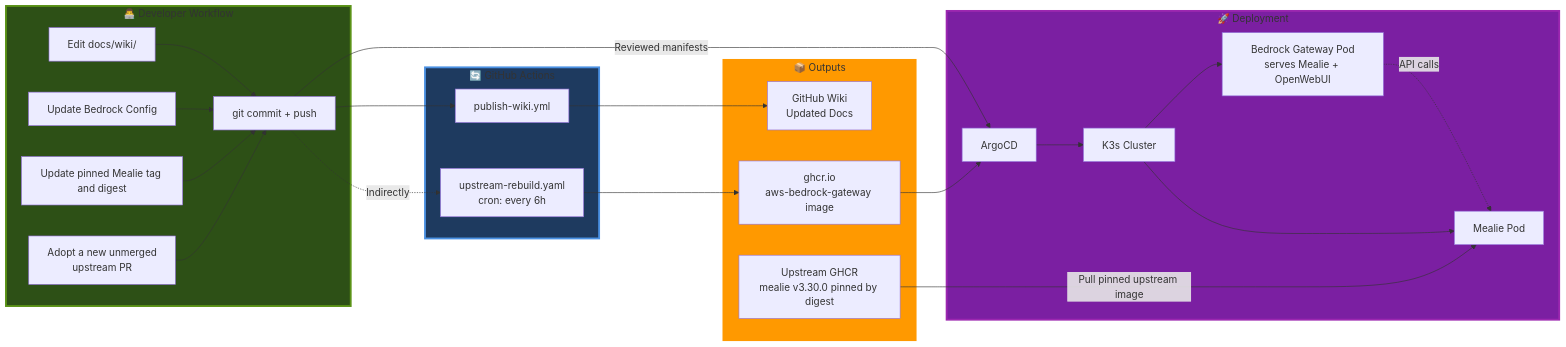
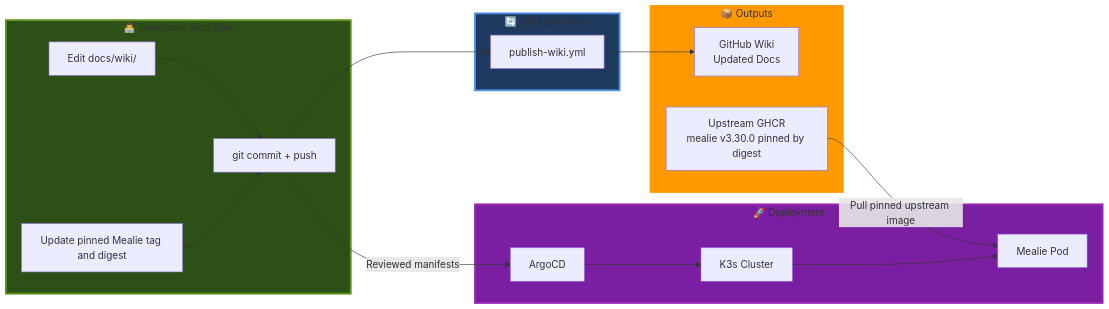
The third of 3 diagrams in docs/wiki/15-CI-CD-and-GitHub-Actions.md (seadogger-tech/seadogger-homelab), drawn with Mermaid before and after one commit. The commit also changed other lines of this file, not shown here.

Commit message:
docs: update docs/wiki/15-CI-CD-and-GitHub-Actions.md for retired Bedrock, OpenWebUI and Hermes (OCE-101)

````diff
--- a/docs/wiki/15-CI-CD-and-GitHub-Actions.md
+++ b/docs/wiki/15-CI-CD-and-GitHub-Actions.md
@@ -298,51 +160,39 @@
 ```mermaid
 graph LR
     subgraph Developer["👨‍💻 Developer Workflow"]
         EditWiki[Edit docs/wiki/]
-        EditCode[Update Bedrock Config]
         EditMealie[Update pinned Mealie tag and digest]
-        AdoptPR[Adopt a new unmerged<br/>upstream PR]
         Commit[git commit + push]
     end
 
     subgraph GitHub["🔄 GitHub Actions"]
         WikiAction[publish-wiki.yml]
-        BedrockAction[upstream-rebuild.yaml<br/>cron: every 6h]
     end
 
     subgraph Outputs["📦 Outputs"]
         WikiSite[GitHub Wiki<br/>Updated Docs]
-        GHCRBedrock[ghcr.io<br/>aws-bedrock-gateway image]
         GHCRMealie[Upstream GHCR<br/>mealie v3.30.0 pinned by digest]
     end
 
     subgraph Deployment["🚀 Deployment"]
         ArgoCD[ArgoCD]
         K3sCluster[K3s Cluster]
-        BedrockPod[Bedrock Gateway Pod<br/>serves Mealie + OpenWebUI]
         MealiePod[Mealie Pod]
     end
 
     EditWiki --> Commit
-    EditCode --> Commit
     EditMealie --> Commit
     Commit -->|Reviewed manifests| ArgoCD
-    AdoptPR --> Commit
     Commit --> WikiAction
-    Commit -.->|Indirectly| BedrockAction
 
     WikiAction --> WikiSite
-    BedrockAction --> GHCRBedrock
 
-    GHCRBedrock --> ArgoCD
     GHCRMealie -->|Pull pinned upstream image| MealiePod
     ArgoCD --> K3sCluster
-    K3sCluster --> BedrockPod
     K3sCluster --> MealiePod
-    BedrockPod -.->|API calls| MealiePod
 
     style Developer fill:#2d5016,stroke:#5a9216,stroke-width:3px
     style GitHub fill:#1e3a5f,stroke:#4a90e2,stroke-width:3px
     style Outputs fill:#ff9900,stroke:#ff9900,stroke-width:3px
     style Deployment fill:#7b1fa2,stroke:#9c27b0,stroke-width:3px
 ```
````
